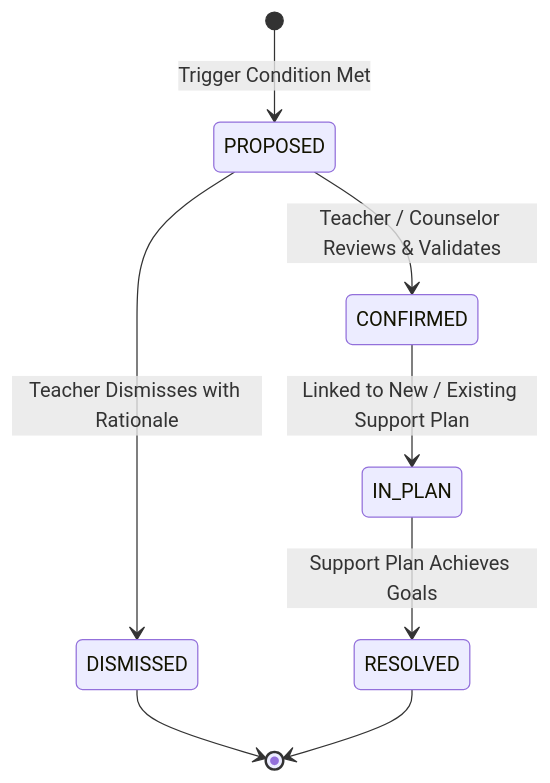
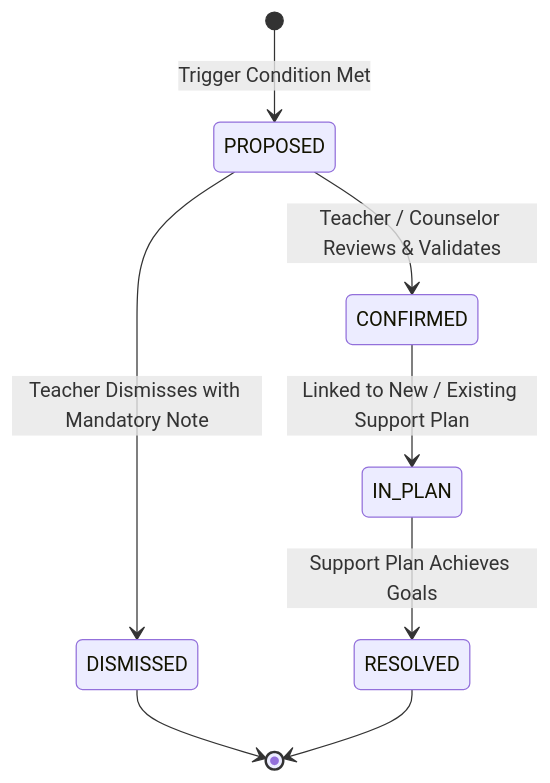
One commit to viveksingaraddi/FSD-SDG-4 changed the diagram in docs/01-product/business-rules.md. Above: the diagram before and after it, drawn with Mermaid. The commit also changed other lines of this file and 68 other files, not shown here.

````diff
--- a/docs/01-product/business-rules.md
+++ b/docs/01-product/business-rules.md
@@ -58,10 +60,10 @@
 ```mermaid
 stateDiagram-v2
     [*] --> PROPOSED: Trigger Condition Met
     PROPOSED --> CONFIRMED: Teacher / Counselor Reviews & Validates
-    PROPOSED --> DISMISSED: Teacher Dismisses with Rationale
+    PROPOSED --> DISMISSED: Teacher Dismisses with Mandatory Note
     CONFIRMED --> IN_PLAN: Linked to New / Existing Support Plan
     IN_PLAN --> RESOLVED: Support Plan Achieves Goals
     DISMISSED --> [*]
     RESOLVED --> [*]
 ```
````
